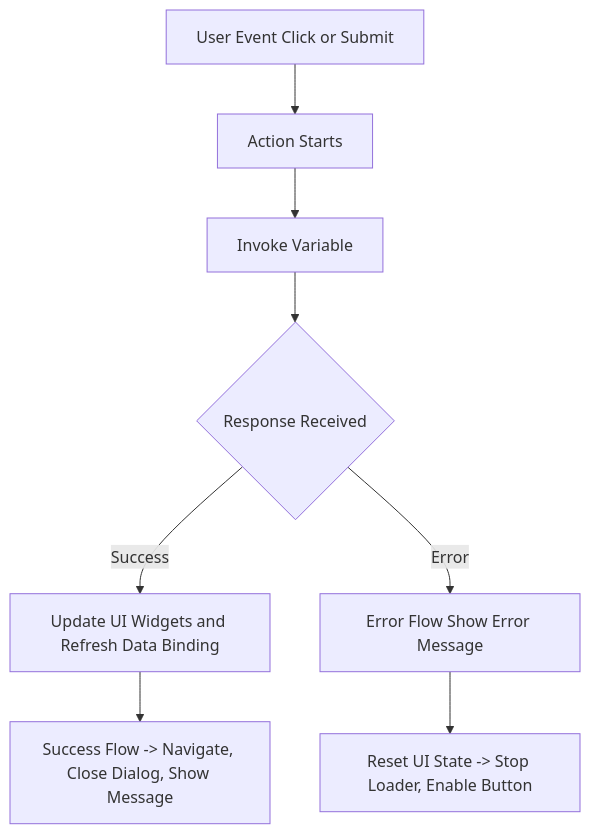
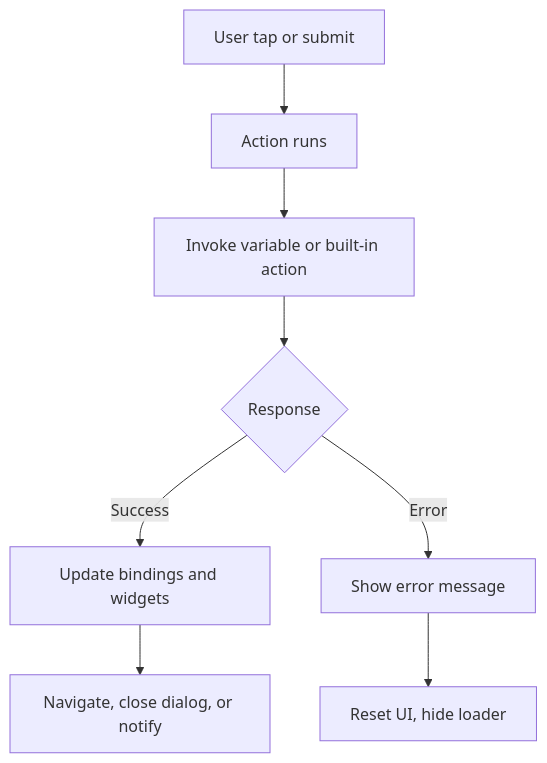
One commit to imtiyazwm/ai-docs changed the first of 2 diagrams in docs/user-interfaces/mobile/develop/actions/index.mdx. Above: the diagram before and after it, drawn with Mermaid. The commit also changed other lines of this file and 81 other files, not shown here.

````diff
--- a/docs/user-interfaces/mobile/develop/actions/index.mdx
+++ b/docs/user-interfaces/mobile/develop/actions/index.mdx
@@ -12,13 +11,12 @@
 ```mermaid
 flowchart TD
-    A[User Event Click or Submit] --> B[Action Starts]
-    B --> C[Invoke Variable]
-    C --> D{Response Received}
+    A[User tap or submit] --> B[Action runs]
+    B --> C[Invoke variable or built-in action]
+    C --> D{Response}
 
-    D -->|Success| E[Update UI Widgets and Refresh Data Binding]
-    E --> F[Success Flow -> Navigate, Close Dialog, Show Message]
+    D -->|Success| E[Update bindings and widgets]
+    E --> F[Navigate, close dialog, or notify]
 
-    D -->|Error| G[Error Flow Show Error Message]
-    G --> H[Reset UI State -> Stop Loader, Enable Button]
-
+    D -->|Error| G[Show error message]
+    G --> H[Reset UI, hide loader]
 ```
````
